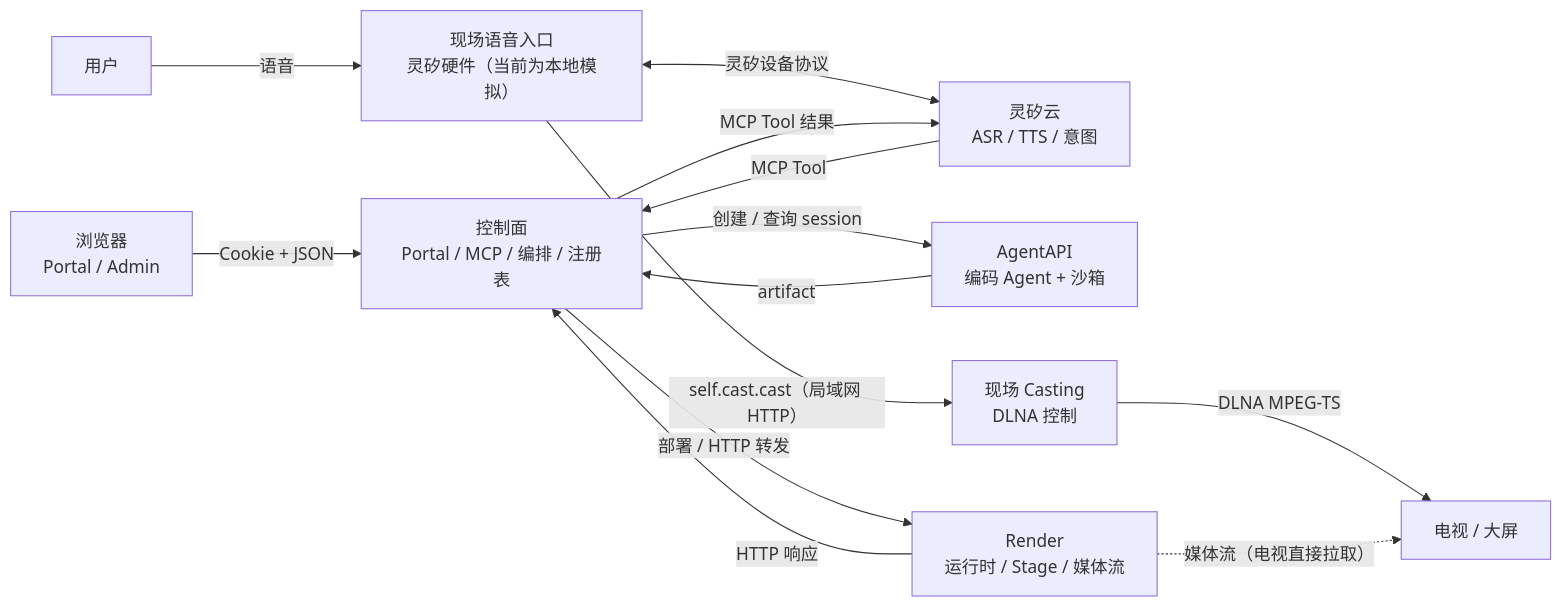
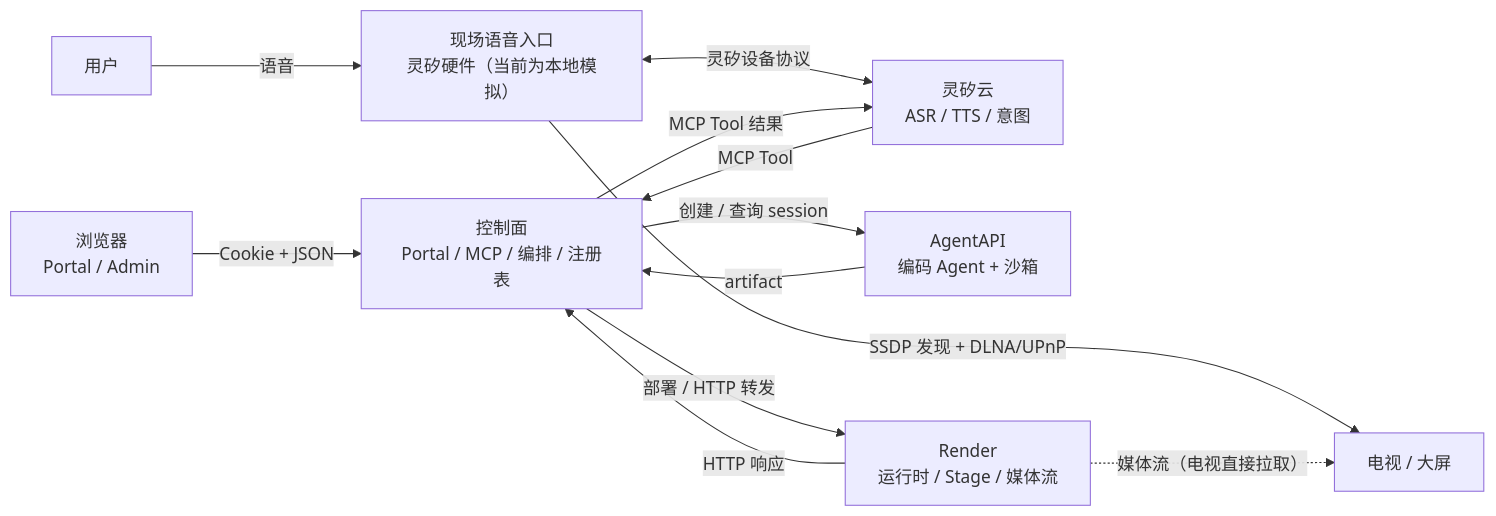
One commit to open-anywhere/open-anywhere changed the diagram in docs/architecture/overview.md. Above: the diagram before and after it, drawn with Mermaid. The commit also changed other lines of this file and 6 other files, not shown here.

First line of the commit message:
docs(casting): 投屏改由固件内置 SSDP 与 DLNA 完成

````diff
--- a/docs/architecture/overview.md
+++ b/docs/architecture/overview.md
@@ -87,15 +87,14 @@
 ```mermaid
 flowchart LR
   B["浏览器<br/>Portal / Admin"] -->|Cookie + JSON| C
   U["用户"] -->|语音| V["现场语音入口<br/>灵矽硬件（当前为本地模拟）"]
   V <-->|灵矽设备协议| L["灵矽云<br/>ASR / TTS / 意图"]
   L -->|MCP Tool| C["控制面<br/>Portal / MCP / 编排 / 注册表"]
   C -->|创建 / 查询 session| A["AgentAPI<br/>编码 Agent + 沙箱"]
   A -->|artifact| C
   C -->|部署 / HTTP 转发| R["Render<br/>运行时 / Stage / 媒体流"]
   R -->|HTTP 响应| C
   C -->|MCP Tool 结果| L
-  V -->|self.cast.cast（局域网 HTTP）| P["现场 Casting<br/>DLNA 控制"]
-  P -->|DLNA MPEG-TS| T["电视 / 大屏"]
+  V -->|SSDP 发现 + DLNA/UPnP| T["电视 / 大屏"]
   R -.->|媒体流（电视直接拉取）| T
 ```
````
